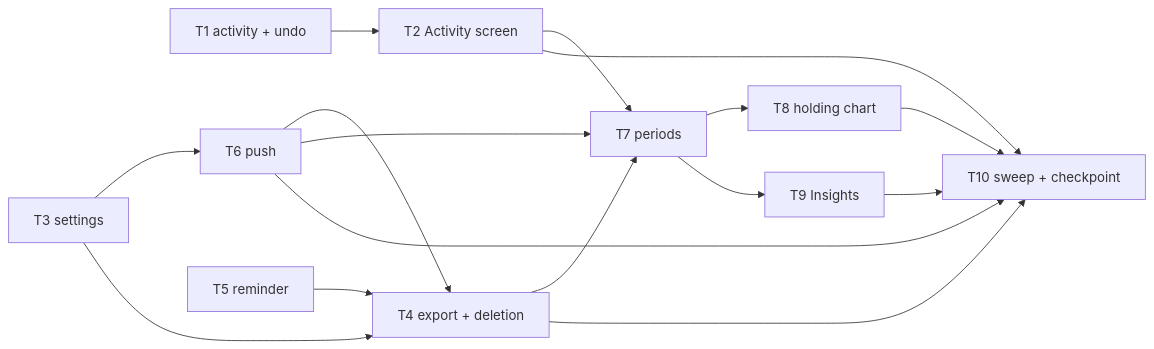
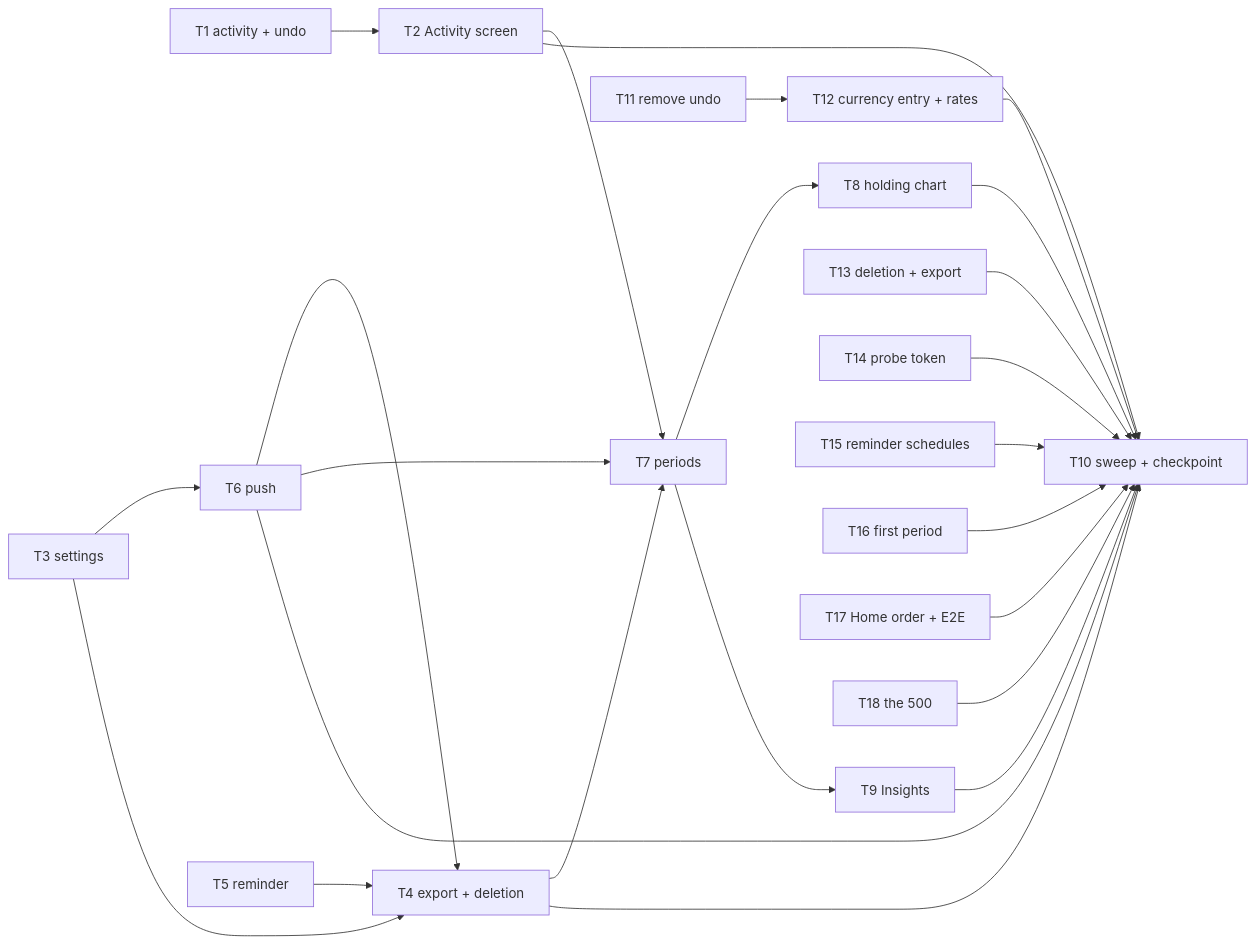
One commit to terrence0488/netnet changed the third of 3 diagrams in docs/04-plan.md. Above: the diagram before and after it, drawn with Mermaid. The commit also changed other lines of this file and 17 other files, not shown here.

````diff
--- a/docs/04-plan.md
+++ b/docs/04-plan.md
@@ -327,10 +343,13 @@
 ```mermaid
 flowchart LR
   T1[T1 activity + undo] --> T2[T2 Activity screen]
   T3[T3 settings] --> T6[T6 push] & T4[T4 export + deletion]
   T5[T5 reminder] --> T4
   T6 --> T4
   T2 & T4 & T6 --> T7[T7 periods]
   T7 --> T8[T8 holding chart] & T9[T9 Insights]
   T2 & T4 & T6 & T8 & T9 --> T10[T10 sweep + checkpoint]
+  T11[T11 remove undo] --> T12[T12 currency entry + rates]
+  T12 & T13[T13 deletion + export] & T14[T14 probe token] & T15[T15 reminder schedules] --> T10
+  T16[T16 first period] & T17[T17 Home order + E2E] & T18[T18 the 500] --> T10
 ```
````
